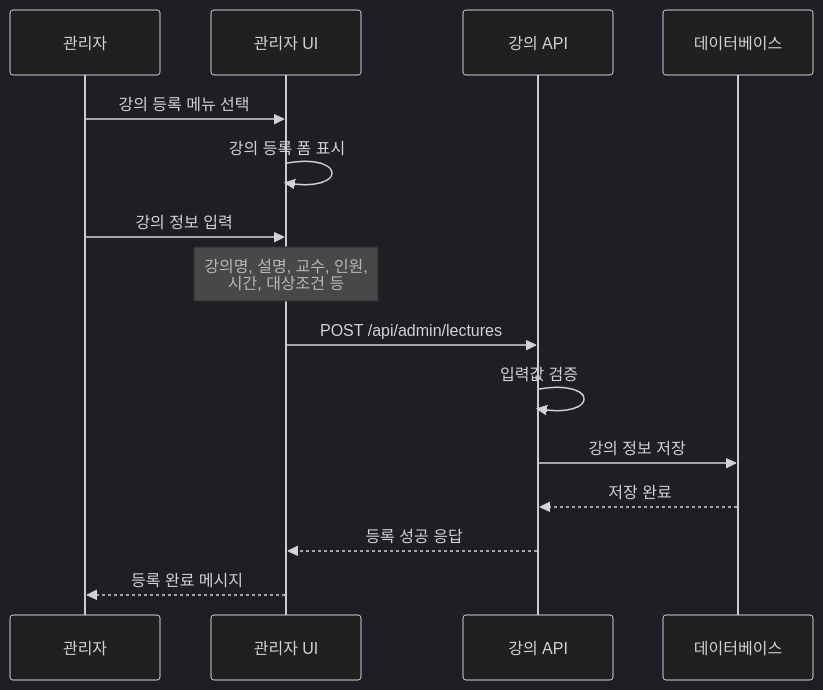
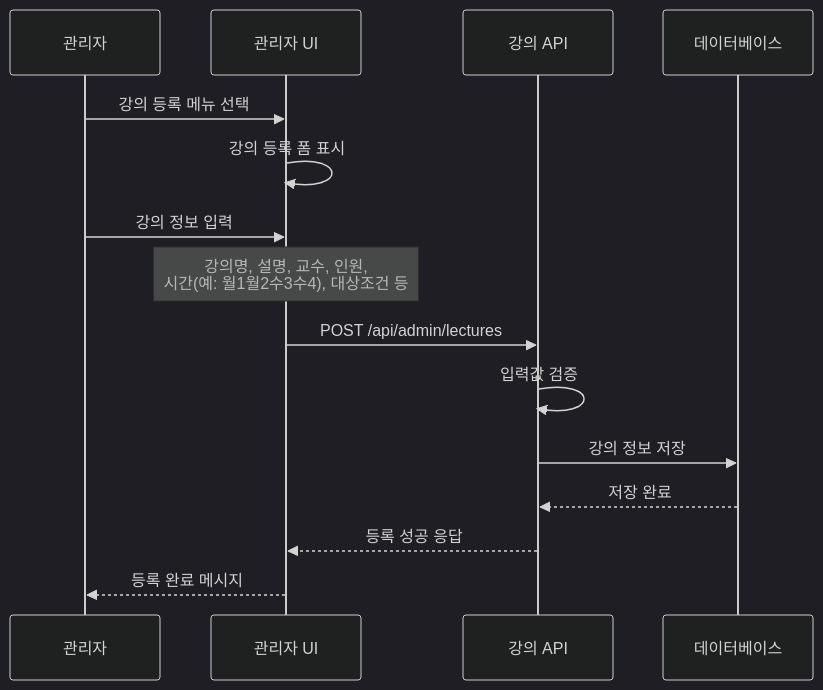
The first of 8 diagrams in backend/BlueCrab/docs/강의관련기능/04-관리자플로우.md (hooting76/blue-crab-lms), drawn with Mermaid (dark theme) before and after one commit. The commit also changed other lines of this file and 11 other files, not shown here.

````diff
--- a/backend/BlueCrab/docs/강의관련기능/04-관리자플로우.md
+++ b/backend/BlueCrab/docs/강의관련기능/04-관리자플로우.md
@@ -28,21 +28,21 @@
 ```mermaid
 sequenceDiagram
     participant Admin as 관리자
     participant UI as 관리자 UI
     participant API as 강의 API
     participant DB as 데이터베이스
 
     Admin->>UI: 강의 등록 메뉴 선택
     UI->>UI: 강의 등록 폼 표시
 
     Admin->>UI: 강의 정보 입력
-    Note over UI: 강의명, 설명, 교수, 인원,<br/>시간, 대상조건 등
+    Note over UI: 강의명, 설명, 교수, 인원,<br/>시간(예: 월1월2수3수4), 대상조건 등
 
     UI->>API: POST /api/admin/lectures
     API->>API: 입력값 검증
     API->>DB: 강의 정보 저장
     DB-->>API: 저장 완료
 
     API-->>UI: 등록 성공 응답
     UI-->>Admin: 등록 완료 메시지
 ```
````
